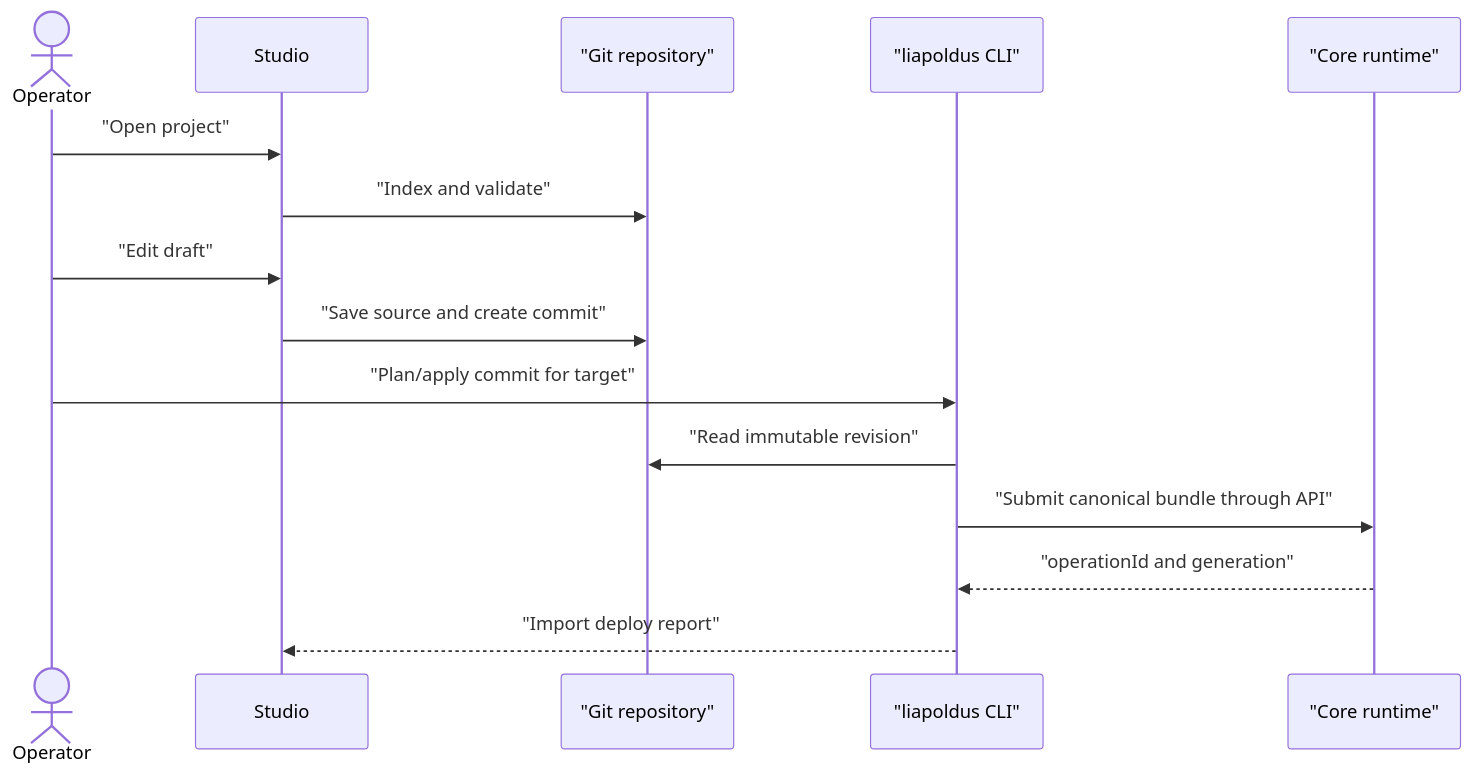
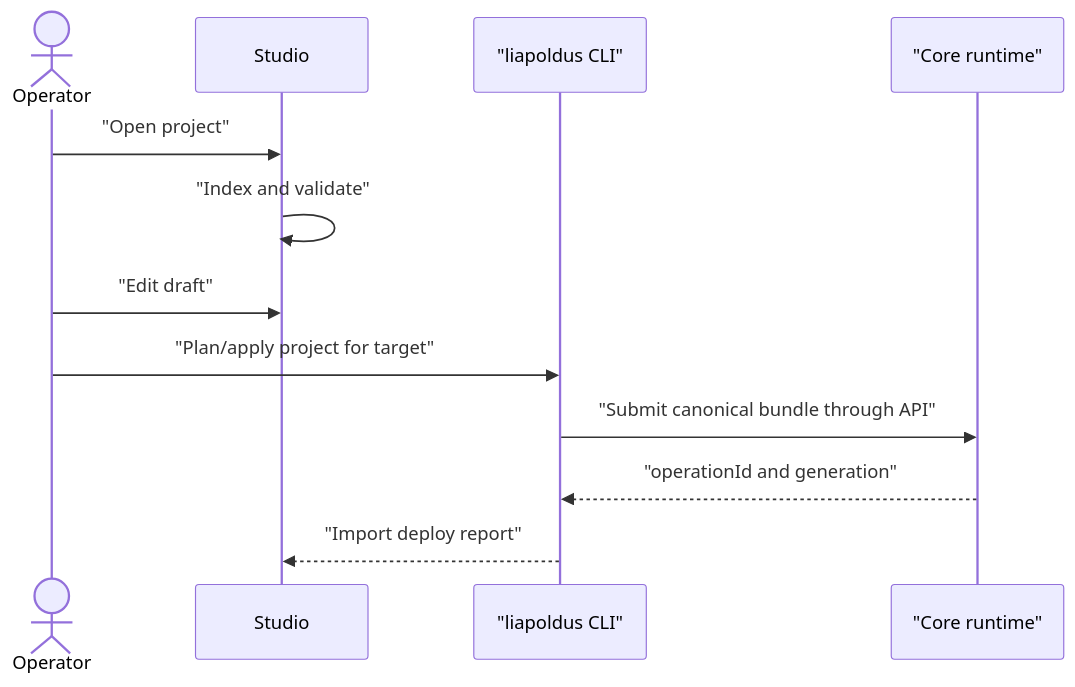
Before and after one commit to Liapoldus/studio: the diagram in docs/diagrams/studio-project-sync.mmd, drawn with Mermaid. The commit also changed 79 other files, not shown here.

```diff
--- a/docs/diagrams/studio-project-sync.mmd
+++ b/docs/diagrams/studio-project-sync.mmd
@@ -1,15 +1,12 @@
 sequenceDiagram
     actor Operator
     participant Studio
-    participant Git as "Git repository"
     participant CLI as "liapoldus CLI"
     participant Core as "Core runtime"
     Operator->>Studio: "Open project"
-    Studio->>Git: "Index and validate"
+    Studio->>Studio: "Index and validate"
     Operator->>Studio: "Edit draft"
-    Studio->>Git: "Save source and create commit"
-    Operator->>CLI: "Plan/apply commit for target"
-    CLI->>Git: "Read immutable revision"
+    Operator->>CLI: "Plan/apply project for target"
     CLI->>Core: "Submit canonical bundle through API"
     Core-->>CLI: "operationId and generation"
     CLI-->>Studio: "Import deploy report"
```
